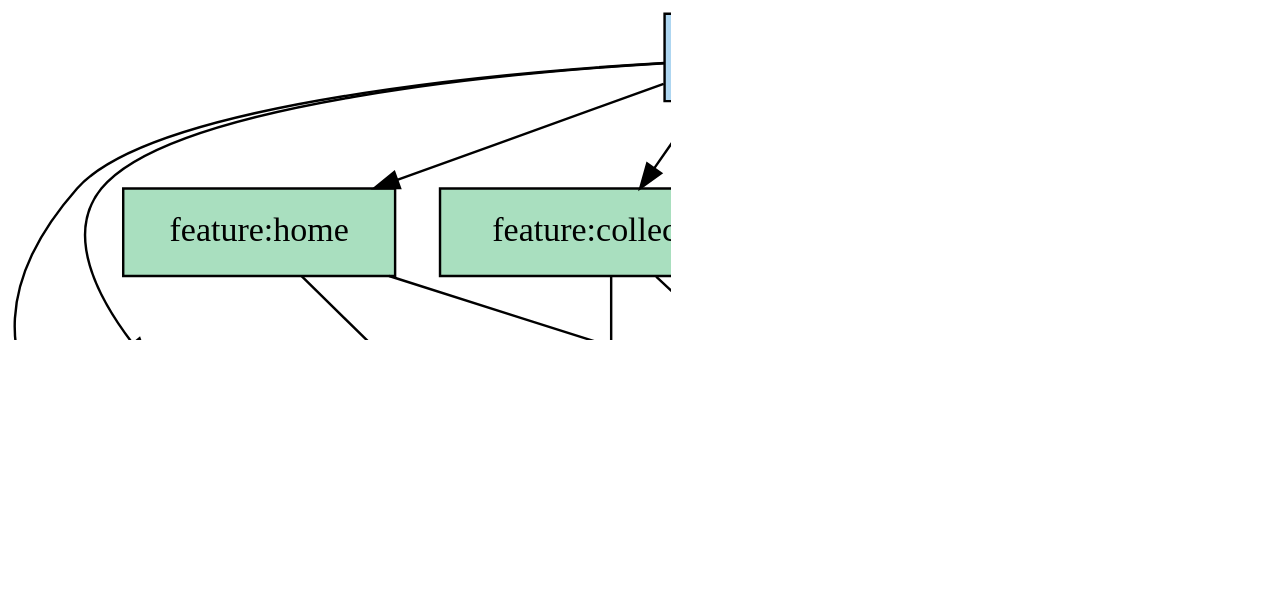
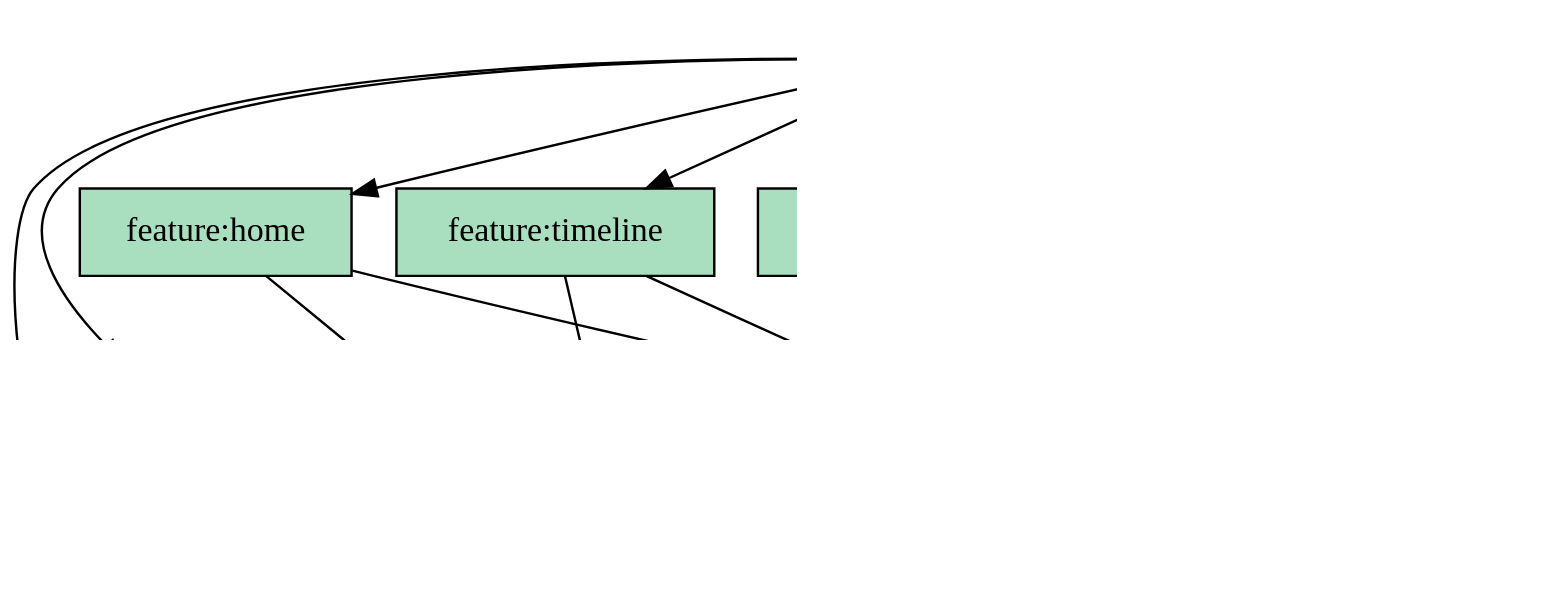
One commit to soma17th-369/Laimory-android changed the diagram in docs/dependency-graph/modules.dot. Above: the diagram before and after it, drawn with Graphviz. The commit also changed 1 other file, not shown here.

```diff
--- a/docs/dependency-graph/modules.dot
+++ b/docs/dependency-graph/modules.dot
@@ -1,36 +1,40 @@
 digraph "modules" {
 edge ["dir"="forward"]
 graph ["dpi"="150" "rankdir"="TB"]
 node ["shape"="rectangle" "style"="filled"]
 
 "app" ["label"="app" "fillcolor"="#AED6F1"]
 "core-collection" ["label"="core:collection" "fillcolor"="#FAD7A0"]
 "core-data" ["label"="core:data" "fillcolor"="#FAD7A0"]
 "core-domain" ["label"="core:domain" "fillcolor"="#D2B4DE"]
 "core-ui" ["label"="core:ui" "fillcolor"="#FAD7A0"]
 "core-util" ["label"="core:util" "fillcolor"="#FAD7A0"]
 "feature-collection" ["label"="feature:collection" "fillcolor"="#A9DFBF"]
 "feature-feature1" ["label"="feature:feature1" "fillcolor"="#A9DFBF"]
 "feature-home" ["label"="feature:home" "fillcolor"="#A9DFBF"]
+"feature-timeline" ["label"="feature:timeline" "fillcolor"="#A9DFBF"]
 
 // edges
 "app" -> "core-collection"
 "app" -> "core-data"
 "app" -> "core-domain"
 "app" -> "core-ui"
 "app" -> "core-util"
 "app" -> "feature-collection"
 "app" -> "feature-feature1"
 "app" -> "feature-home"
+"app" -> "feature-timeline"
 "core-collection" -> "core-domain"
 "core-collection" -> "core-util"
 "core-data" -> "core-domain"
 "core-ui" -> "core-domain"
 "core-ui" -> "core-util"
 "feature-collection" -> "core-domain"
 "feature-collection" -> "core-ui"
 "feature-feature1" -> "core-domain"
 "feature-feature1" -> "core-ui"
 "feature-home" -> "core-domain"
 "feature-home" -> "core-ui"
+"feature-timeline" -> "core-domain"
+"feature-timeline" -> "core-ui"
 }
```
